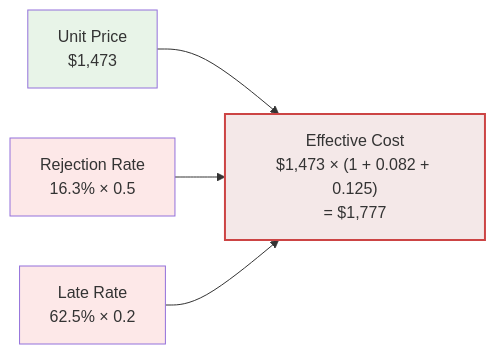
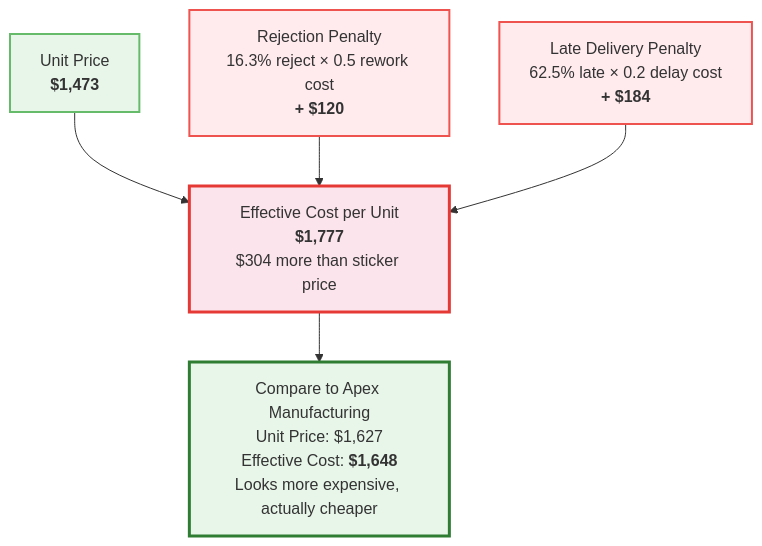
The third of 3 diagrams in ARCHITECTURE.md (vince-tambellini/hoth-engine), drawn with Mermaid before and after one commit. The commit also changed other lines of this file and 6 other files, not shown here.

First line of the commit message:
Add architecture diagrams, TCO scoring, and updated presentation

````diff
--- a/ARCHITECTURE.md
+++ b/ARCHITECTURE.md
@@ -92,12 +115,22 @@
 ```mermaid
-graph LR
-    A["Unit Price<br/>$1,473"] --> D
-    B["Rejection Rate<br/>16.3% × 0.5"] --> D
-    C["Late Rate<br/>62.5% × 0.2"] --> D
-    D["Effective Cost<br/>$1,473 × (1 + 0.082 + 0.125)<br/>= $1,777"]
+graph TD
+    Price["Unit Price<br/><b>$1,473</b>"]
+    Rej["Rejection Penalty<br/>16.3% reject × 0.5 rework cost<br/><b>+ $120</b>"]
+    Late["Late Delivery Penalty<br/>62.5% late × 0.2 delay cost<br/><b>+ $184</b>"]
 
-    style A fill:#e8f4e8
-    style B fill:#fde8e8
-    style C fill:#fde8e8
-    style D fill:#f4e8e8,stroke:#c44,stroke-width:2px
+    Price --> Total
+    Rej --> Total
+    Late --> Total
+
+    Total["Effective Cost per Unit<br/><b>$1,777</b><br/>$304 more than sticker price"]
+
+    Compare["Compare to Apex Manufacturing<br/>Unit Price: $1,627<br/>Effective Cost: <b>$1,648</b><br/>Looks more expensive, actually cheaper"]
+
+    Total --> Compare
+
+    style Price fill:#e8f5e9,stroke:#66bb6a,stroke-width:2px
+    style Rej fill:#ffebee,stroke:#ef5350,stroke-width:2px
+    style Late fill:#ffebee,stroke:#ef5350,stroke-width:2px
+    style Total fill:#fce4ec,stroke:#e53935,stroke-width:3px
+    style Compare fill:#e8f5e9,stroke:#2e7d32,stroke-width:3px
 ```
````
